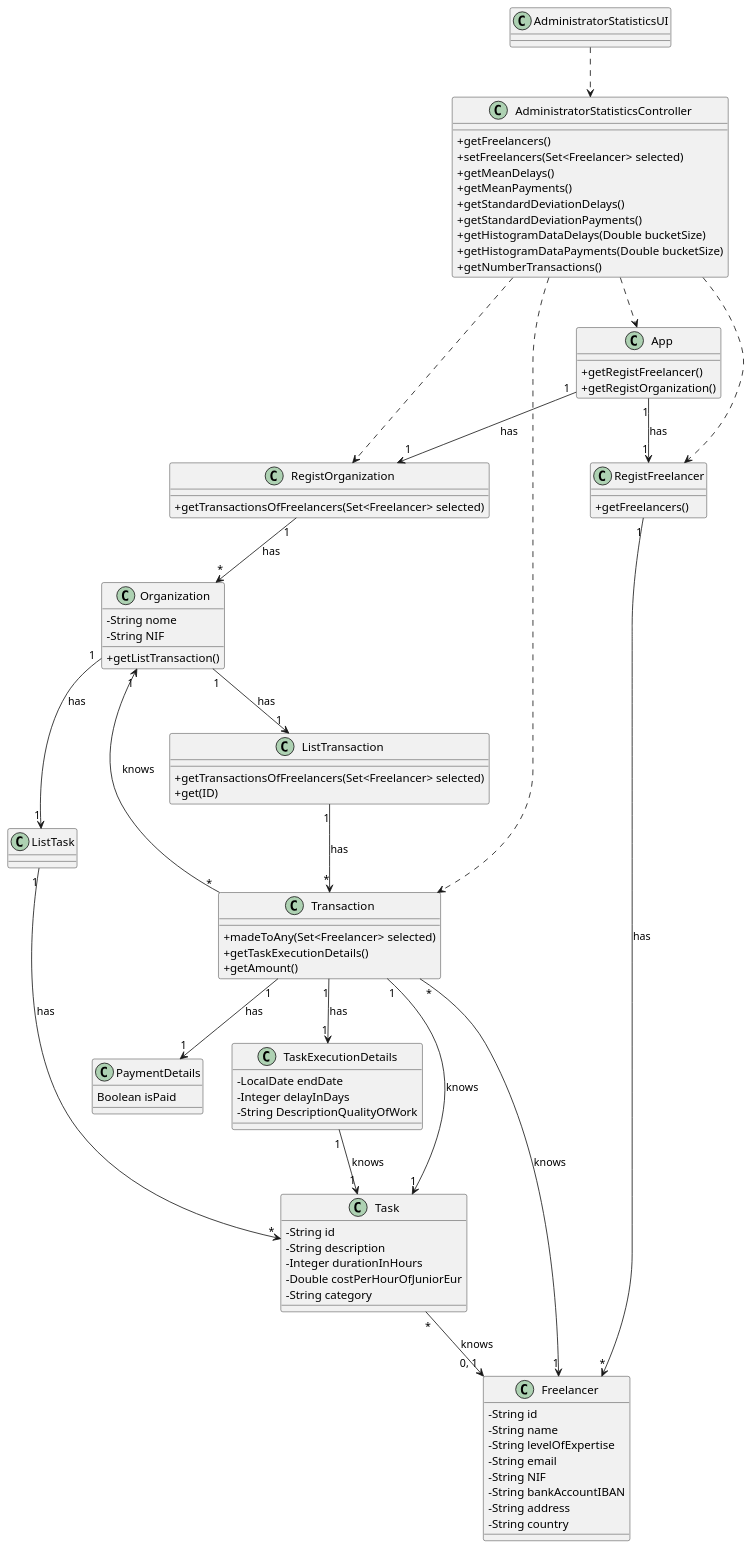
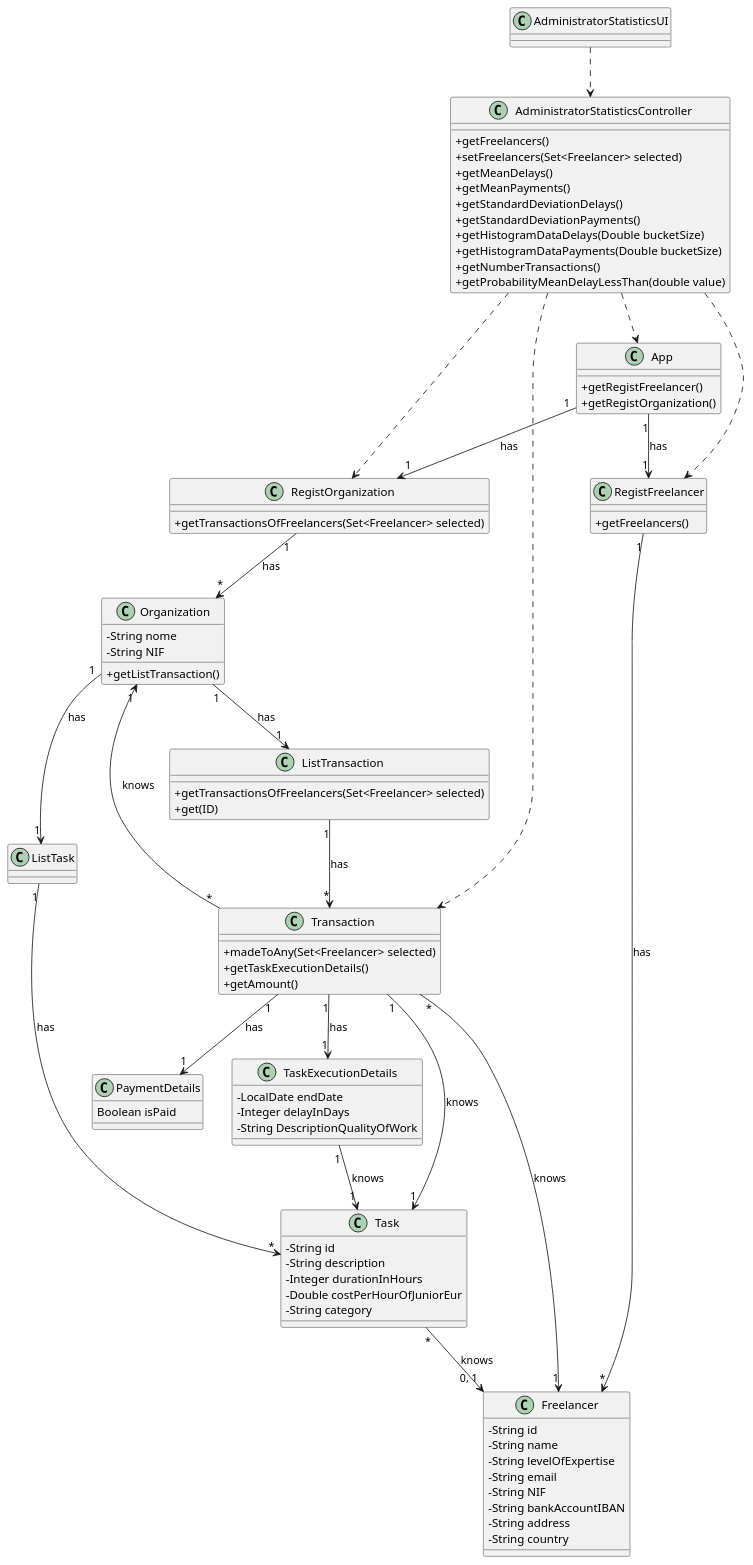
Before and after one commit to botelho-io/lapr2-2020-g029: the diagram in docs/UC_09/CD.puml, drawn with PlantUML. The commit also changed 3 other files, not shown here.

```diff
--- a/docs/UC_09/CD.puml
+++ b/docs/UC_09/CD.puml
@@ -1,107 +1,108 @@
 @startuml CD
 skinparam classAttributeIconSize 0
 top to bottom direction
 
 class AdministratorStatisticsUI {
 
 }
 
 class AdministratorStatisticsController {
         + getFreelancers()
         + setFreelancers(Set<Freelancer> selected)
         + getMeanDelays()
         + getMeanPayments()
         + getStandardDeviationDelays()
         + getStandardDeviationPayments()
         + getHistogramDataDelays(Double bucketSize)
         + getHistogramDataPayments(Double bucketSize)
         + getNumberTransactions()
+        + getProbabilityMeanDelayLessThan(double value)
 }
 
 AdministratorStatisticsUI ..> AdministratorStatisticsController
 
 class App {
         + getRegistFreelancer()
         + getRegistOrganization()
 }
 
 AdministratorStatisticsController ..> App
 
 class RegistFreelancer {
         + getFreelancers()
 }
 
 AdministratorStatisticsController ..> RegistFreelancer
 
 class RegistOrganization {
         + getTransactionsOfFreelancers(Set<Freelancer> selected)
 }
 
 AdministratorStatisticsController ..> RegistOrganization
 
 class Organization {
         - String nome
         - String NIF
 
         + getListTransaction()
 }
 
 class ListTransaction {
         + getTransactionsOfFreelancers(Set<Freelancer> selected)
         + get(ID)
 }
 
 class Transaction {
         + madeToAny(Set<Freelancer> selected)
         + getTaskExecutionDetails()
         + getAmount()
 }
 
 AdministratorStatisticsController ..> Transaction
 
 class Task {
         - String id
         - String description
         - Integer durationInHours
         - Double costPerHourOfJuniorEur
         - String category
 }
 
 class TaskExecutionDetails {
         - LocalDate endDate
         - Integer delayInDays
         - String DescriptionQualityOfWork
 }
 
 class Freelancer {
         - String id
         - String name
         - String levelOfExpertise
         - String email
         - String NIF
         - String bankAccountIBAN
         - String address
         - String country
 }
 
 class PaymentDetails {
         Boolean isPaid
 }
 
 Transaction                  "1" --> "1"      Task                      : knows
 Transaction                  "*" --> "1"      Freelancer                : knows
 Transaction                  "*" --> "1"      Organization              : knows
 Transaction                  "1" --> "1"      TaskExecutionDetails      : has
 TaskExecutionDetails         "1" --> "1"      Task                      : knows
 Organization                 "1" --> "1"      ListTask                  : has
 ListTask                     "1" --> "*"      Task                      : has
 Organization                 "1" --> "1"      ListTransaction           : has
 ListTransaction              "1" --> "*"      Transaction               : has
 Task                         "*" --> "0, 1"   Freelancer                : knows
 App                          "1" --> "1"      RegistOrganization        : has
 RegistOrganization           "1" --> "*"      Organization              : has
 App                          "1" --> "1"      RegistFreelancer          : has
 RegistFreelancer             "1" --> "*"      Freelancer                : has
 Transaction                  "1" --> "1"      PaymentDetails            : has
 
 @enduml
```
